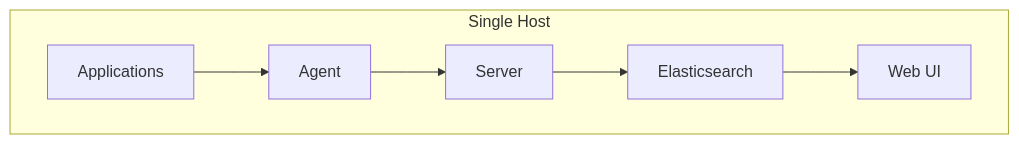
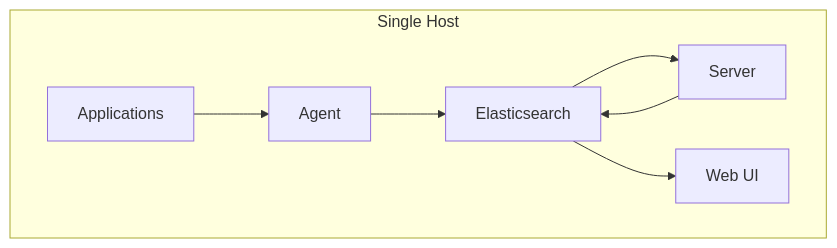
The fifth of 7 diagrams in docs/src/architecture/overview.md (DeepShield-AI/DeepTrace), drawn with Mermaid before and after one commit. The commit also changed other lines of this file and 5 other files, not shown here.

````diff
--- a/docs/src/architecture/overview.md
+++ b/docs/src/architecture/overview.md
@@ -230,15 +229,16 @@
 ```mermaid
 graph TB
     subgraph "Single Host"
         APPS[Applications]
         AGENT[Agent]
         SERVER[Server]
         ES[Elasticsearch]
         WEB[Web UI]
         
         APPS --> AGENT
-        AGENT --> SERVER
+        AGENT --> ES
+        ES --> SERVER
         SERVER --> ES
         ES --> WEB
     end
 ```
````
